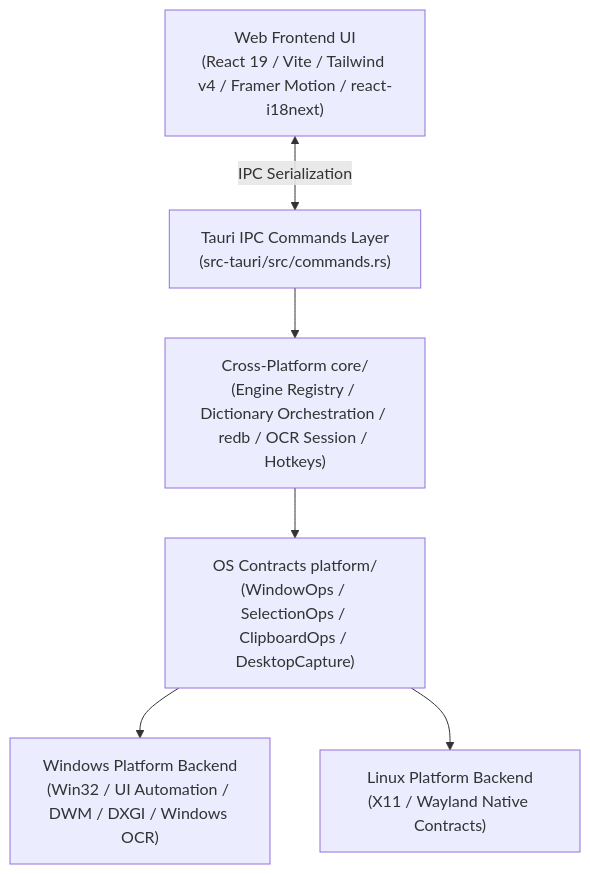
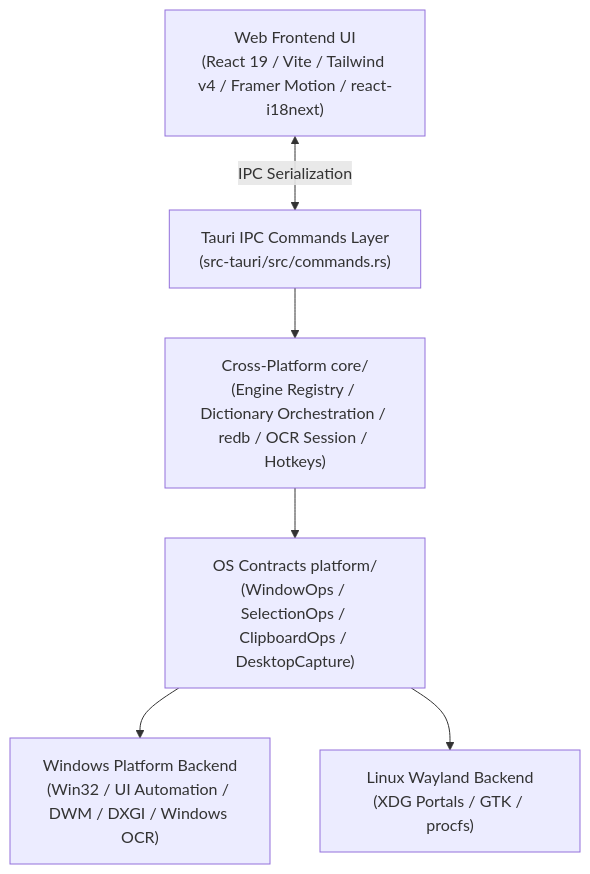
One commit to LunarFlow42/TransPortal changed the diagram in README.md. Above: the diagram before and after it, drawn with Mermaid. The commit also changed other lines of this file and 111 other files, not shown here.

First line of the commit message:
feat: add Linux Wayland/KDE integration, borderless game capture freshness, deps & PP-OCRv6 small

````diff
--- a/README.md
+++ b/README.md
@@ -66,15 +66,15 @@
 ```mermaid
 flowchart TD
     UI["Web Frontend UI<br/>(React 19 / Vite / Tailwind v4 / Framer Motion / react-i18next)"]
     IPC["Tauri IPC Commands Layer<br/>(src-tauri/src/commands.rs)"]
     CORE["Cross-Platform core/<br/>(Engine Registry / Dictionary Orchestration / redb / OCR Session / Hotkeys)"]
     PLATFORM["OS Contracts platform/<br/>(WindowOps / SelectionOps / ClipboardOps / DesktopCapture)"]
     WIN["Windows Platform Backend<br/>(Win32 / UI Automation / DWM / DXGI / Windows OCR)"]
-    LIN["Linux Platform Backend<br/>(X11 / Wayland Native Contracts)"]
+    LIN["Linux Wayland Backend<br/>(XDG Portals / GTK / procfs)"]
 
     UI <-->|"IPC Serialization"| IPC
     IPC --> CORE
     CORE --> PLATFORM
     PLATFORM --> WIN
     PLATFORM --> LIN
 ```
````
